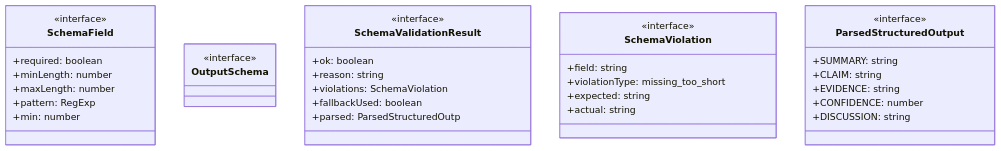
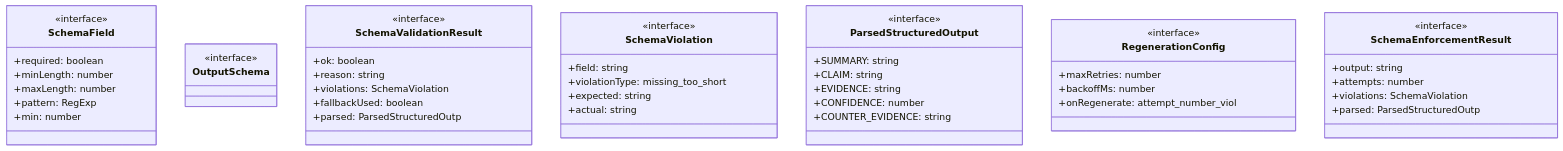
The first of 4 diagrams in ABDD/.pi/lib/output-schema.md (Mekann2904/mekann), drawn with Mermaid before and after one commit. The commit also changed other lines of this file and 205 other files, not shown here.

````diff
--- a/ABDD/.pi/lib/output-schema.md
+++ b/ABDD/.pi/lib/output-schema.md
@@ -52,37 +56,50 @@
 ```mermaid
 classDiagram
   class SchemaField {
     <<interface>>
     +required: boolean
     +minLength: number
     +maxLength: number
     +pattern: RegExp
     +min: number
   }
   class OutputSchema {
     <<interface>>
   }
   class SchemaValidationResult {
     <<interface>>
     +ok: boolean
     +reason: string
     +violations: SchemaViolation
     +fallbackUsed: boolean
     +parsed: ParsedStructuredOutp
   }
   class SchemaViolation {
     <<interface>>
     +field: string
     +violationType: missing_too_short
     +expected: string
     +actual: string
   }
   class ParsedStructuredOutput {
     <<interface>>
     +SUMMARY: string
     +CLAIM: string
     +EVIDENCE: string
     +CONFIDENCE: number
-    +DISCUSSION: string
+    +COUNTER_EVIDENCE: string
+  }
+  class RegenerationConfig {
+    <<interface>>
+    +maxRetries: number
+    +backoffMs: number
+    +onRegenerate: attempt_number_viol
+  }
+  class SchemaEnforcementResult {
+    <<interface>>
+    +output: string
+    +attempts: number
+    +violations: SchemaViolation
+    +parsed: ParsedStructuredOutp
   }
 ```
````
